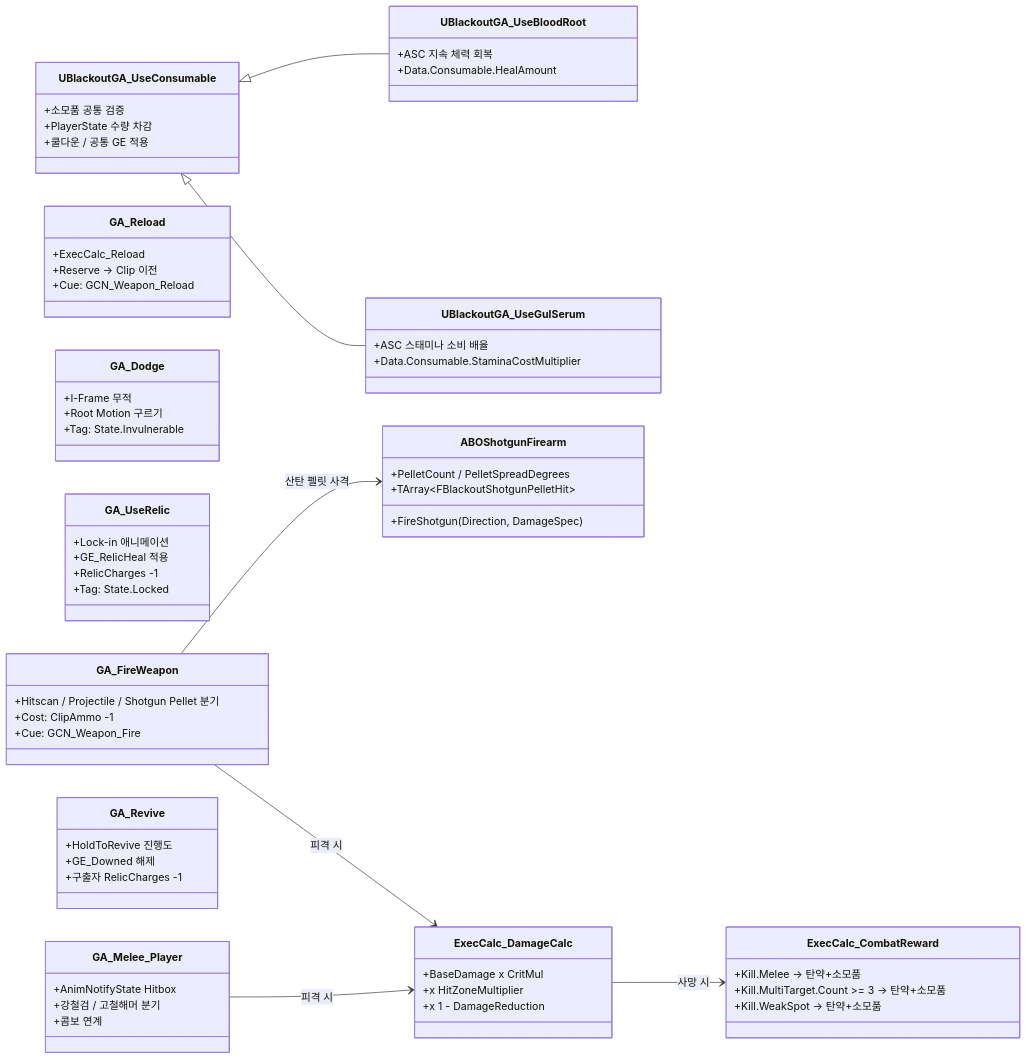
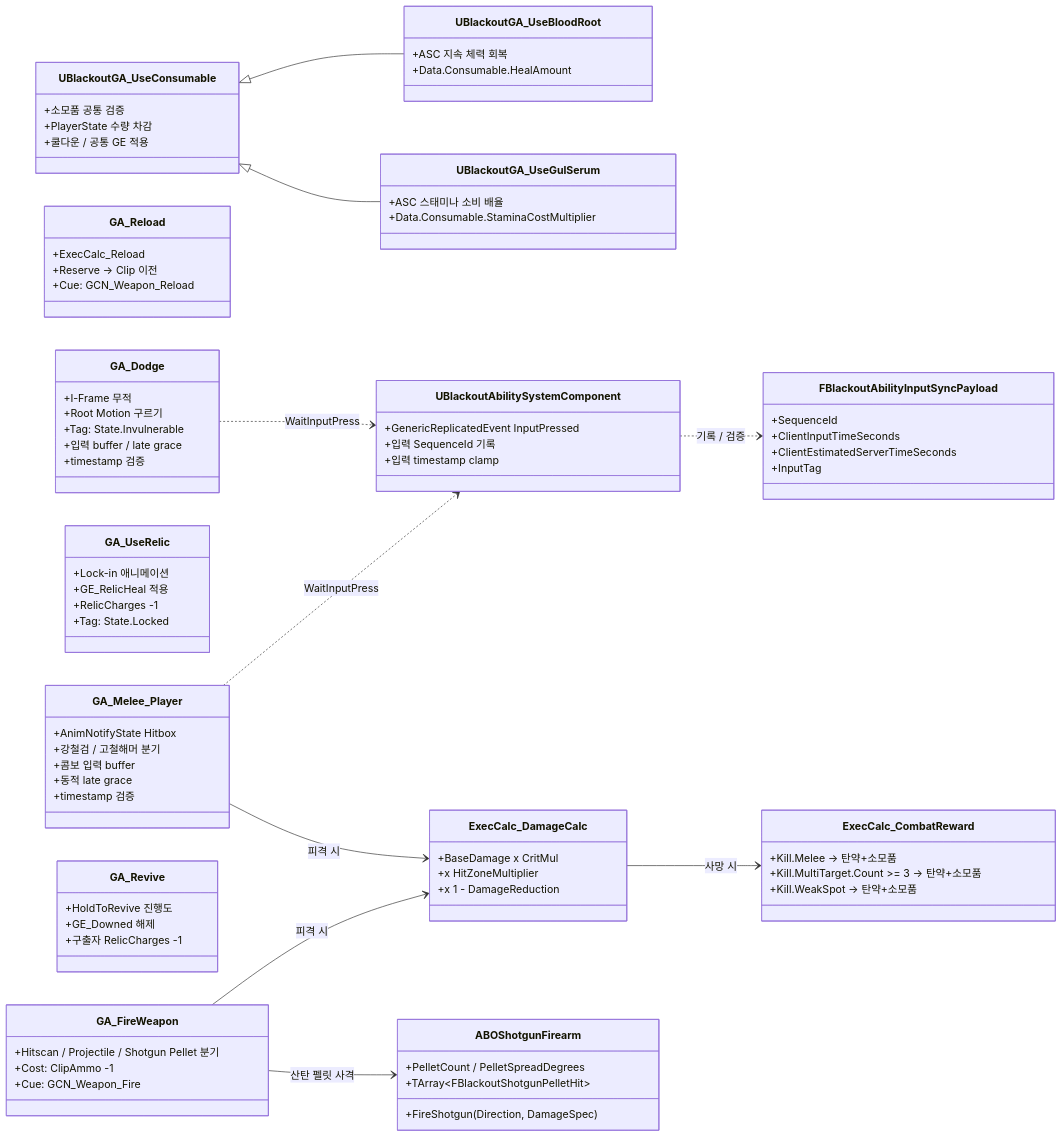
Before and after one commit to seongwon1579/ProjectBlackout: the sixth of 12 diagrams in Docs/Project_Blackout_클래스다이어그램.md, drawn with Mermaid. The commit also changed 4 other files, not shown here.

```diff
--- a/Docs/Project_Blackout_클래스다이어그램.md
+++ b/Docs/Project_Blackout_클래스다이어그램.md
@@ -261,6 +261,8 @@
         +I-Frame 무적
         +Root Motion 구르기
         +Tag: State.Invulnerable
+        +입력 buffer / late grace
+        +timestamp 검증
     }
 
     class GA_UseRelic {
@@ -295,7 +297,22 @@
     class GA_Melee_Player {
         +AnimNotifyState Hitbox
         +강철검 / 고철해머 분기
-        +콤보 연계
+        +콤보 입력 buffer
+        +동적 late grace
+        +timestamp 검증
+    }
+
+    class UBlackoutAbilitySystemComponent {
+        +GenericReplicatedEvent InputPressed
+        +입력 SequenceId 기록
+        +입력 timestamp clamp
+    }
+
+    class FBlackoutAbilityInputSyncPayload {
+        +SequenceId
+        +ClientInputTimeSeconds
+        +ClientEstimatedServerTimeSeconds
+        +InputTag
     }
 
     class ExecCalc_DamageCalc {
@@ -319,6 +336,9 @@
     GA_FireWeapon --> ABOShotgunFirearm : 산탄 펠릿 사격
     GA_FireWeapon --> ExecCalc_DamageCalc : 피격 시
     GA_Melee_Player --> ExecCalc_DamageCalc : 피격 시
+    GA_Melee_Player ..> UBlackoutAbilitySystemComponent : WaitInputPress
+    GA_Dodge ..> UBlackoutAbilitySystemComponent : WaitInputPress
+    UBlackoutAbilitySystemComponent ..> FBlackoutAbilityInputSyncPayload : 기록 / 검증
     UBlackoutGA_UseConsumable <|-- UBlackoutGA_UseBloodRoot
     UBlackoutGA_UseConsumable <|-- UBlackoutGA_UseGulSerum
     ExecCalc_DamageCalc --> ExecCalc_CombatReward : 사망 시
```
